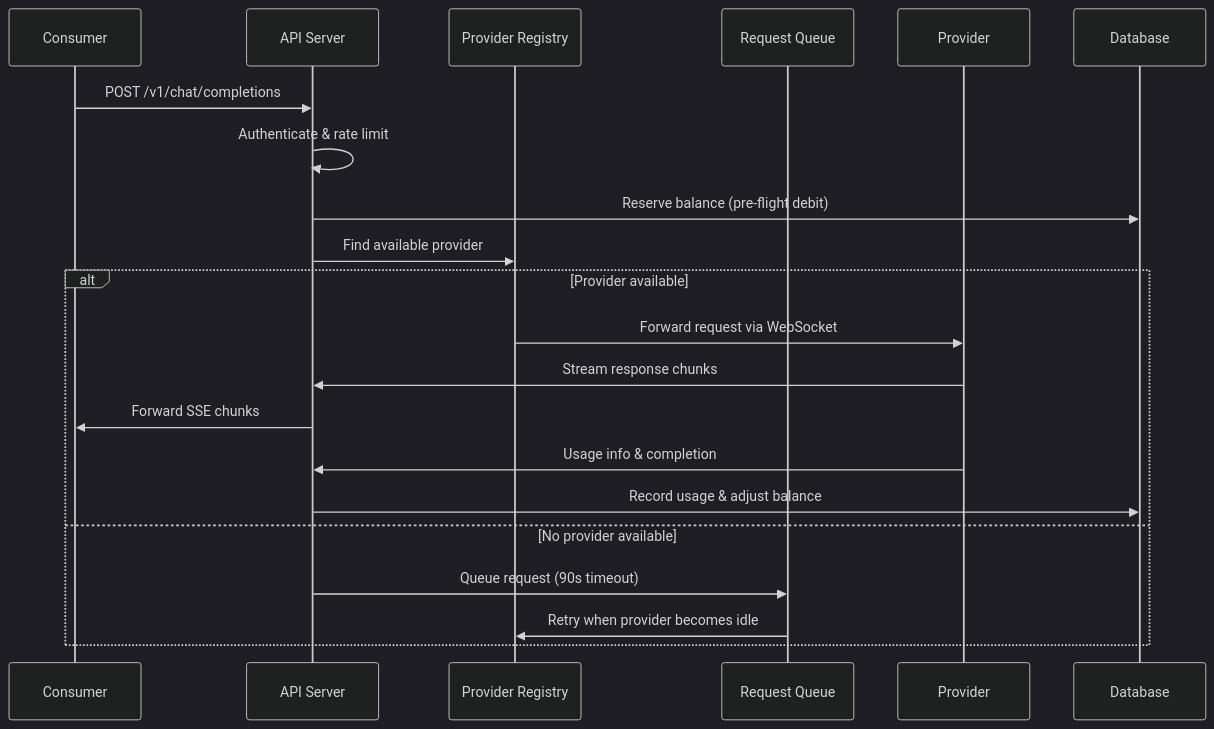
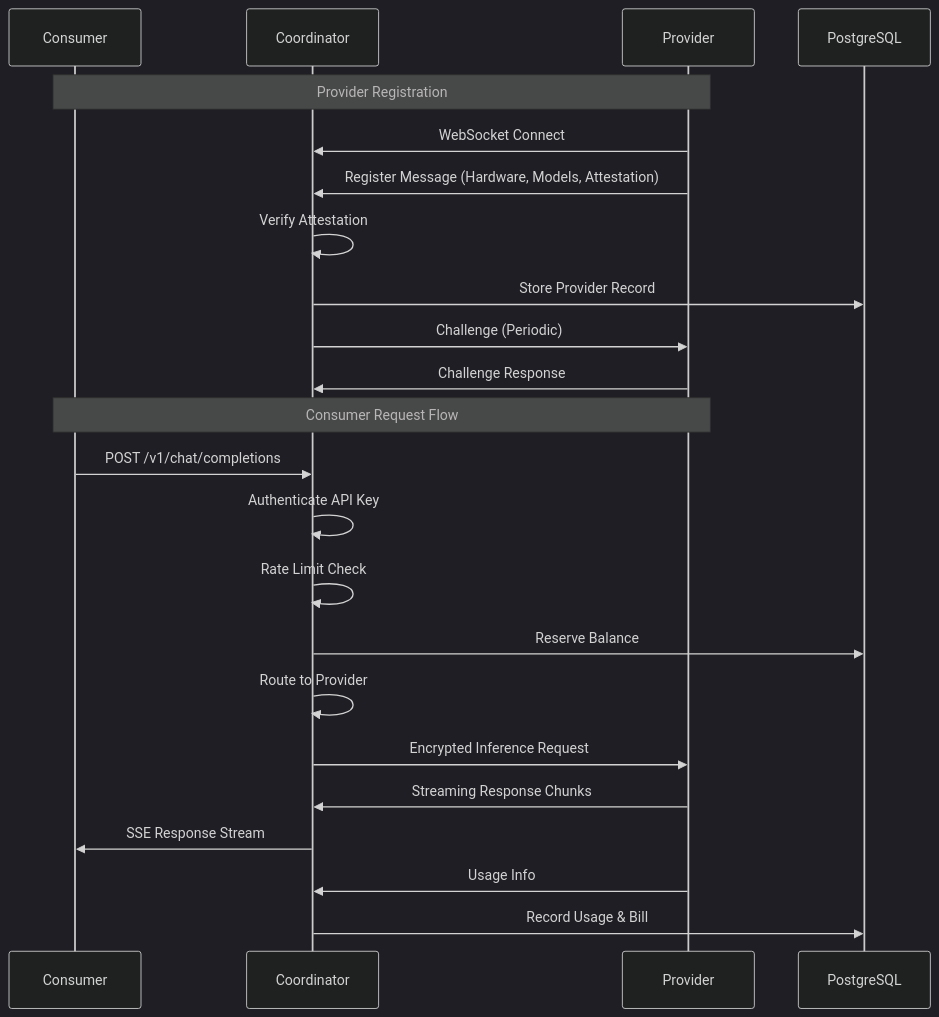
Before and after one commit to researchoors/knowledge-maintenance: the first of 2 diagrams in artifacts/d-inference/service_analyses/coordinator.md, drawn with Mermaid (dark theme). The commit also changed other lines of this file and 23 other files, not shown here.

````diff
--- a/artifacts/d-inference/service_analyses/coordinator.md
+++ b/artifacts/d-inference/service_analyses/coordinator.md
@@ -96,24 +36,27 @@
 ```mermaid
 sequenceDiagram
     participant C as Consumer
-    participant API as API Server
-    participant Registry as Provider Registry
-    participant Queue as Request Queue
+    participant Coord as Coordinator
     participant P as Provider
-    participant Store as Database
+    participant DB as PostgreSQL
 
-    C->>API: POST /v1/chat/completions
-    API->>API: Authenticate & rate limit
-    API->>Store: Reserve balance (pre-flight debit)
-    API->>Registry: Find available provider
-    alt Provider available
-        Registry->>P: Forward request via WebSocket
-        P->>API: Stream response chunks
-        API->>C: Forward SSE chunks
-        P->>API: Usage info & completion
-        API->>Store: Record usage & adjust balance
-    else No provider available
-        API->>Queue: Queue request (90s timeout)
-        Queue->>Registry: Retry when provider becomes idle
-    end
+    Note over C,P: Provider Registration
+    P->>Coord: WebSocket Connect
+    P->>Coord: Register Message (Hardware, Models, Attestation)
+    Coord->>Coord: Verify Attestation
+    Coord->>DB: Store Provider Record
+    Coord->>P: Challenge (Periodic)
+    P->>Coord: Challenge Response
+
+    Note over C,P: Consumer Request Flow
+    C->>Coord: POST /v1/chat/completions
+    Coord->>Coord: Authenticate API Key
+    Coord->>Coord: Rate Limit Check
+    Coord->>DB: Reserve Balance
+    Coord->>Coord: Route to Provider
+    Coord->>P: Encrypted Inference Request
+    P->>Coord: Streaming Response Chunks
+    Coord->>C: SSE Response Stream
+    P->>Coord: Usage Info
+    Coord->>DB: Record Usage & Bill
 ```
````
